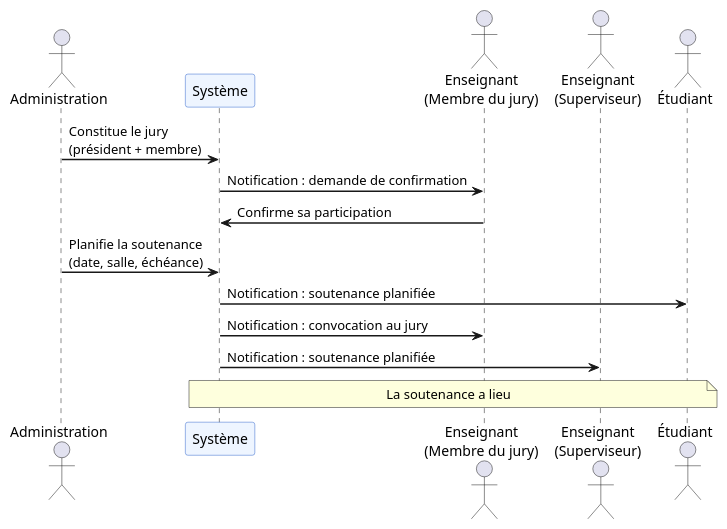
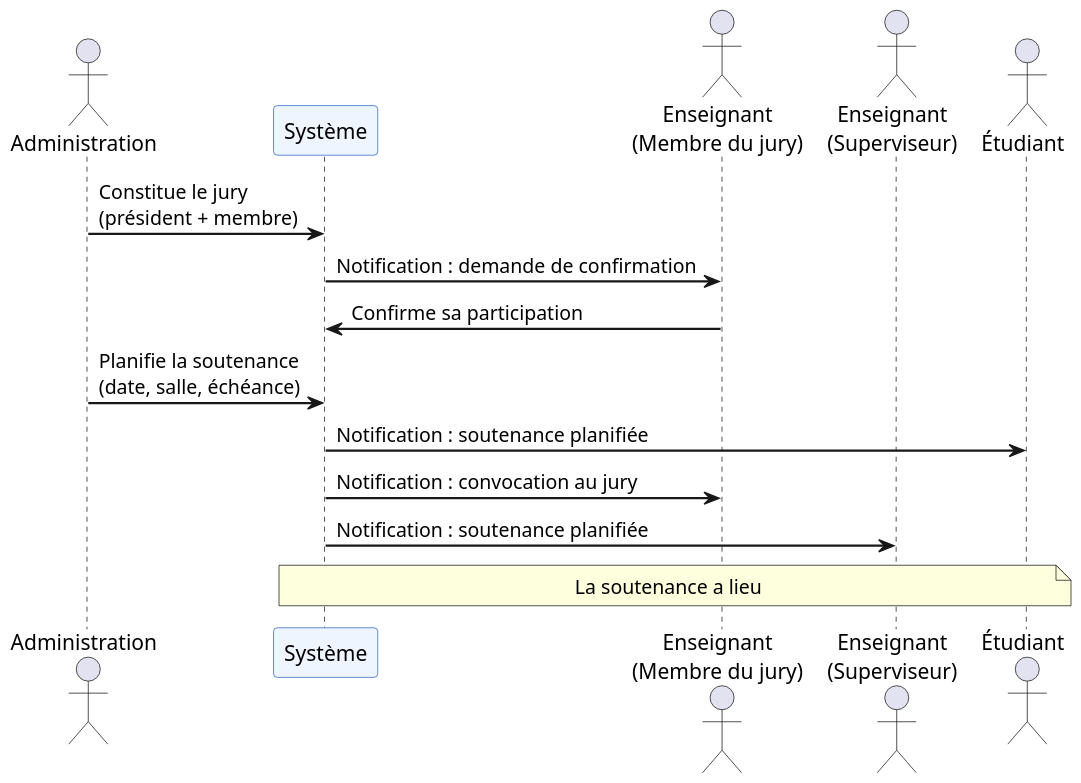
Before and after one commit to rhpo/pfe-enhanced: the diagram in diagrams/seq-jury-planification.puml, drawn with PlantUML. The commit also changed 14 other files, not shown here.

```diff
--- a/diagrams/seq-jury-planification.puml
+++ b/diagrams/seq-jury-planification.puml
@@ -1,22 +1,23 @@
 @startuml
+scale 1.5
 skinparam sequenceArrowThickness 1.5
 skinparam sequenceParticipantBackgroundColor #EEF5FF
 skinparam sequenceParticipantBorderColor #3366CC
 
 actor "Administration" as A
 participant "Système" as S
 actor "Enseignant\n(Membre du jury)" as J
 actor "Enseignant\n(Superviseur)" as T
 actor "Étudiant" as E
 
 A -> S : Constitue le jury\n(président + membre)
 S -> J : Notification : demande de confirmation
 J -> S : Confirme sa participation
 
 A -> S : Planifie la soutenance\n(date, salle, échéance)
 S -> E : Notification : soutenance planifiée
 S -> J : Notification : convocation au jury
 S -> T : Notification : soutenance planifiée
 
 note over E, S : La soutenance a lieu
 @enduml
```
